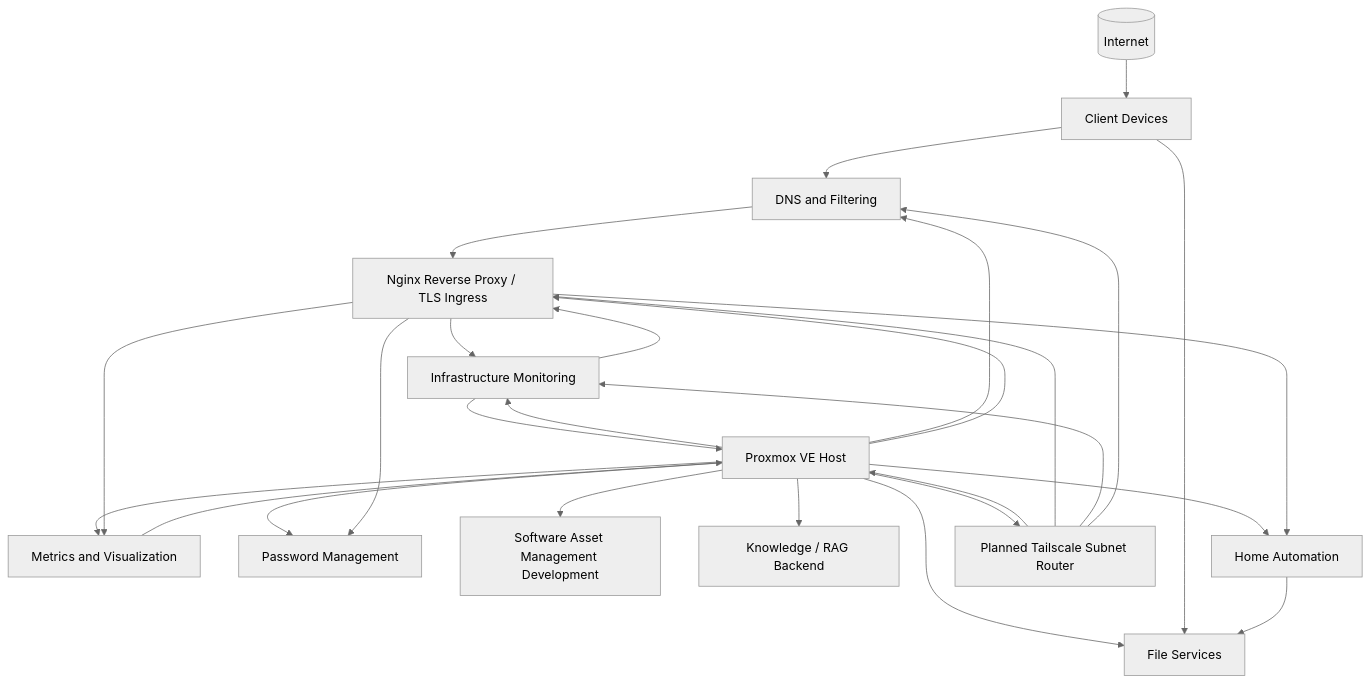
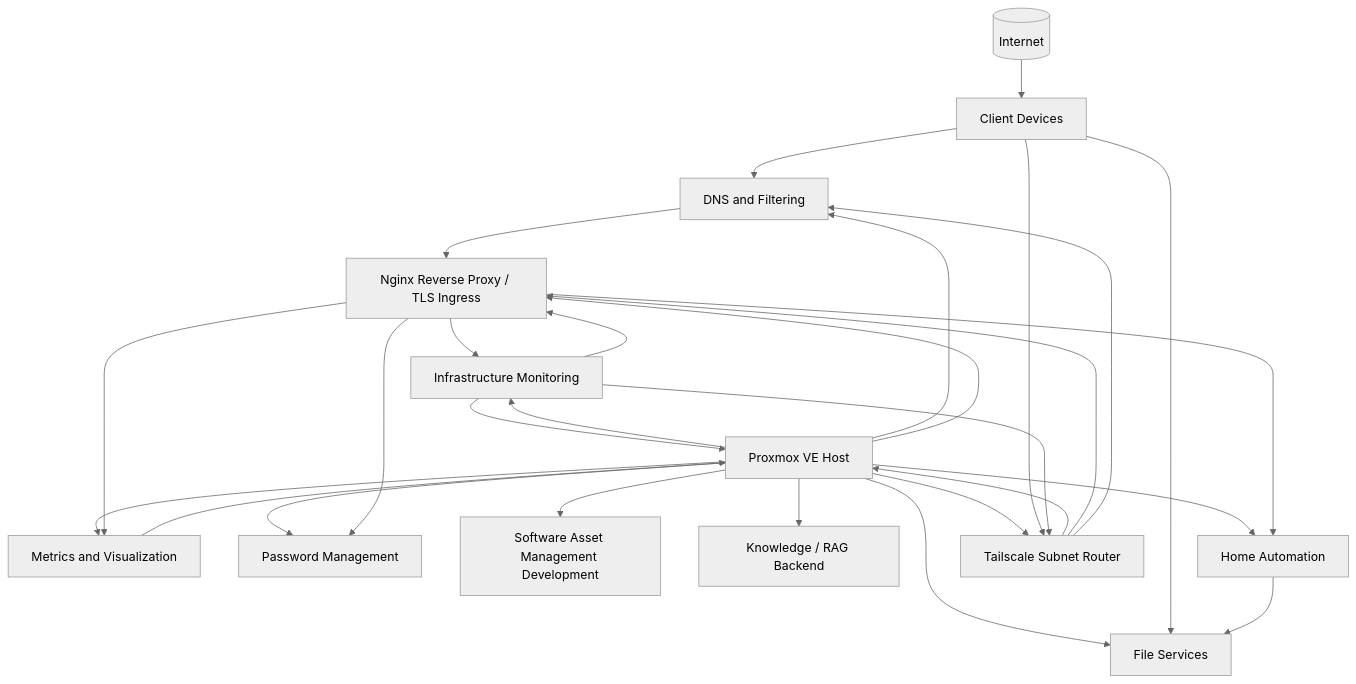
The diagram in README.md (myles-portfolio/homelab-infrastructure), drawn with Mermaid (neutral theme) before and after one commit. The commit also changed other lines of this file, not shown here.

Commit message:
Update README for deployed Tailscale remote access

````diff
--- a/README.md
+++ b/README.md
@@ -49,48 +50,49 @@
 ```mermaid
 flowchart TB
     Internet[(Internet)]
     Clients[Client Devices]
     Proxmox[Proxmox VE Host]
 
     FileServices[File Services]
     Metrics[Metrics and Visualization]
     Checkmk[Infrastructure Monitoring]
     Passwords[Password Management]
     DNS[DNS and Filtering]
     Proxy[Nginx Reverse Proxy / TLS Ingress]
     Development[Software Asset Management Development]
     Knowledge[Knowledge / RAG Backend]
     HomeAutomation[Home Automation]
-    RemoteAccess[Planned Tailscale Subnet Router]
+    RemoteAccess[Tailscale Subnet Router]
 
     Internet --> Clients
 
     Proxmox --> FileServices
     Proxmox --> Metrics
     Proxmox --> Checkmk
     Proxmox --> Passwords
     Proxmox --> DNS
     Proxmox --> Proxy
     Proxmox --> Development
     Proxmox --> Knowledge
     Proxmox --> HomeAutomation
     Proxmox --> RemoteAccess
 
     Clients --> DNS
     DNS --> Proxy
     Proxy --> Checkmk
     Proxy --> Passwords
     Proxy --> Metrics
     Proxy --> HomeAutomation
     Clients --> FileServices
 
+    Clients --> RemoteAccess
     RemoteAccess --> Proxmox
     RemoteAccess --> Proxy
-    RemoteAccess --> Checkmk
     RemoteAccess --> DNS
 
     HomeAutomation --> FileServices
     Checkmk --> Proxmox
     Checkmk --> Proxy
+    Checkmk --> RemoteAccess
     Metrics --> Proxmox
 ```
````
